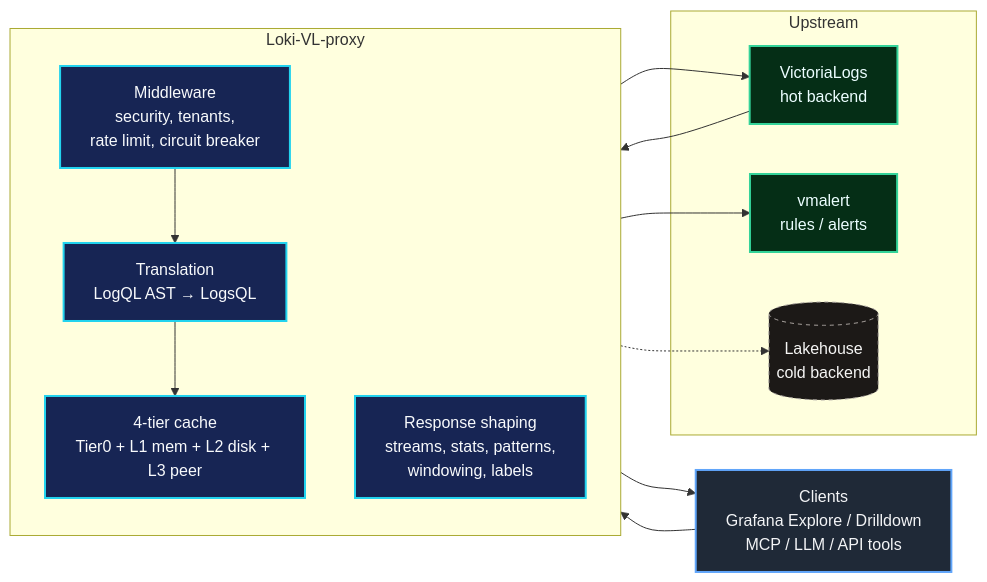
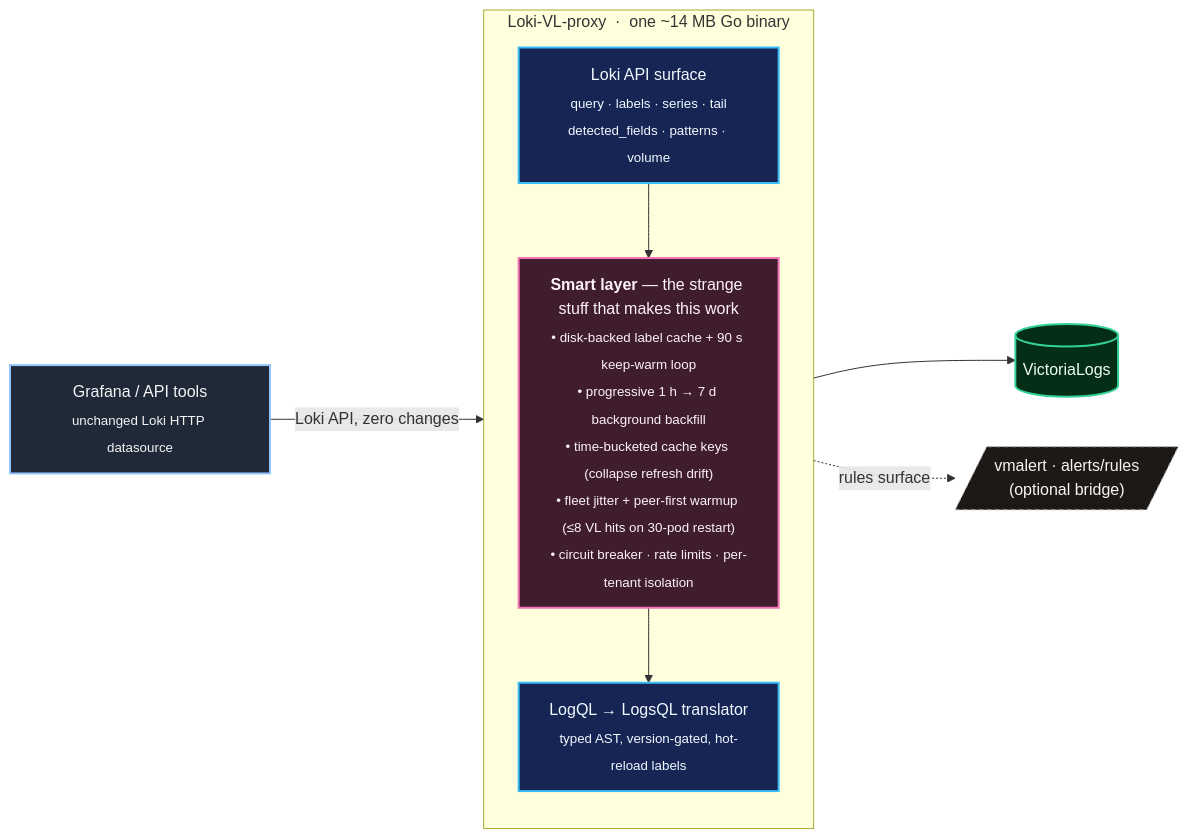
One commit to ReliablyObserve/loki-vl-proxy changed the diagram in README.md. Above: the diagram before and after it, drawn with Mermaid. The commit also changed other lines of this file and 1 other file, not shown here.

First line of the commit message:
docs(readme): simplify architecture diagram into selling-point view (#435)

````diff
--- a/README.md
+++ b/README.md
@@ -274,32 +274,30 @@
 ```mermaid
 flowchart LR
-    A[Clients<br/>Grafana Explore / Drilldown<br/>MCP / LLM / API tools]
+    G["Grafana / API tools<br/><sub>unchanged Loki HTTP datasource</sub>"]
 
-    subgraph PROXY["Loki-VL-proxy"]
+    subgraph Proxy["Loki-VL-proxy &nbsp;·&nbsp; one ~14 MB Go binary"]
         direction TB
-        MW["Middleware<br/>security, tenants,<br/>rate limit, circuit breaker"]
-        TR["Translation<br/>LogQL AST → LogsQL"]
-        CACHE["4-tier cache<br/>Tier0 + L1 mem + L2 disk + L3 peer"]
-        SHAPE["Response shaping<br/>streams, stats, patterns,<br/>windowing, labels"]
+        API["Loki API surface<br/><sub>query · labels · series · tail<br/>detected_fields · patterns · volume</sub>"]
+        SMART["<b>Smart layer</b> — the strange stuff that makes this work<br/><sub>• disk-backed label cache + 90 s keep-warm loop<br/>• progressive 1 h → 7 d background backfill<br/>• time-bucketed cache keys (collapse refresh drift)<br/>• fleet jitter + peer-first warmup (≤8 VL hits on 30-pod restart)<br/>• circuit breaker · rate limits · per-tenant isolation</sub>"]
+        XLATE["LogQL → LogsQL translator<br/><sub>typed AST, version-gated, hot-reload labels</sub>"]
     end
 
-    subgraph UP["Upstream"]
-        VL["VictoriaLogs<br/>hot backend"]
-        VMA["vmalert<br/>rules / alerts"]
-        LH[("Lakehouse<br/>cold backend")]
-    end
+    VL[("VictoriaLogs")]
+    VMA[/"vmalert · alerts/rules<br/>(optional bridge)"/]
 
-    A --> MW --> TR --> CACHE --> VL
-    TR --> VMA
-    CACHE -.-> LH
-    VL --> SHAPE --> A
+    G -->|"Loki API, zero changes"| API
+    API --> SMART --> XLATE --> VL
+    SMART -. "rules surface" .-> VMA
 
-    classDef client fill:#1f2937,stroke:#60a5fa,color:#f3f4f6,stroke-width:2px;
-    classDef proxy fill:#172554,stroke:#22d3ee,color:#f8fafc,stroke-width:2px;
-    classDef upstream fill:#052e16,stroke:#34d399,color:#ecfeff,stroke-width:2px;
-    classDef cold fill:#1c1917,stroke:#a8a29e,color:#f5f5f4,stroke-width:1px,stroke-dasharray:4 4;
-    class A client;
-    class MW,TR,CACHE,SHAPE proxy;
-    class VL,VMA upstream;
-    class LH cold;
+    classDef client fill:#1f2937,stroke:#93c5fd,color:#f3f4f6,stroke-width:2px;
+    classDef proxy fill:#172554,stroke:#38bdf8,color:#f0f9ff,stroke-width:2px;
+    classDef smart fill:#3f1d2e,stroke:#f472b6,color:#fdf2f8,stroke-width:2px;
+    classDef backend fill:#052e16,stroke:#34d399,color:#ecfdf5,stroke-width:2px;
+    classDef opt fill:#1c1917,stroke:#a8a29e,color:#f5f5f4,stroke-width:1px,stroke-dasharray:4 4;
+
+    class G client;
+    class API,XLATE proxy;
+    class SMART smart;
+    class VL backend;
+    class VMA opt;
 ```
````
